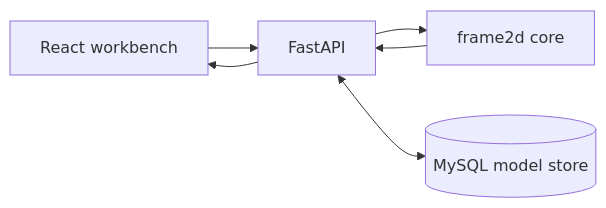
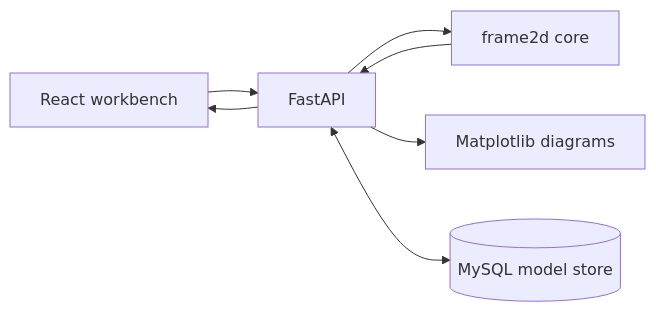
Before and after one commit to feizhang233/Frame-Studio: the diagram in README.md, drawn with Mermaid. The commit also changed other lines of this file and 2 other files, not shown here.

````diff
--- a/README.md
+++ b/README.md
@@ -112,13 +134,15 @@
 ```mermaid
 flowchart LR
     UI["React workbench"]
     API["FastAPI"]
     FEM["frame2d core"]
+    PLOT["Matplotlib diagrams"]
     DB[("MySQL model store")]
 
     UI --> API
     API --> FEM
     FEM --> API
+    API --> PLOT
     API --> UI
     API <--> DB
 ```
````
